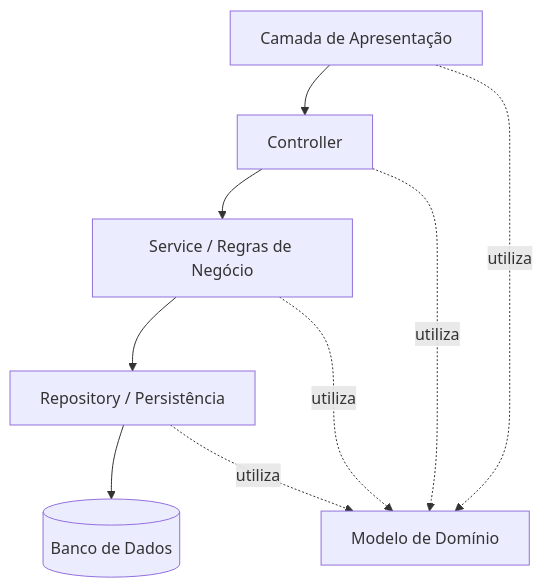
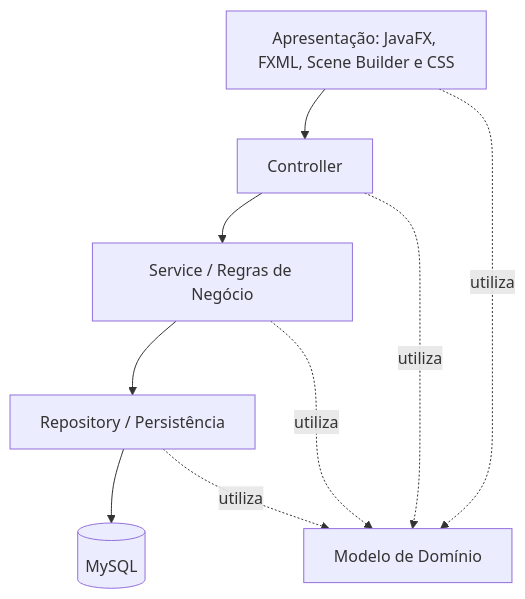
Before and after one commit to brunoramos-dev098/sistema-agendamento-: the diagram in diagramas/diagrama-arquitetura.md, drawn with Mermaid. The commit also changed other lines of this file and 11 other files, not shown here.

Commit message:
docs: alinha documentação com JavaFX e MySQL

````diff
--- a/diagramas/diagrama-arquitetura.md
+++ b/diagramas/diagrama-arquitetura.md
@@ -3,18 +3,18 @@
 ```mermaid
 flowchart TD
-    A[Camada de Apresentação]
+    A["Apresentação: JavaFX, FXML, Scene Builder e CSS"]
     B[Controller]
     C[Service / Regras de Negócio]
     D[Repository / Persistência]
-    E[(Banco de Dados)]
+    E[(MySQL)]
     M[Modelo de Domínio]
 
     A --> B
     B --> C
     C --> D
     D --> E
     A -. utiliza .-> M
     B -. utiliza .-> M
     C -. utiliza .-> M
     D -. utiliza .-> M
 ```
````
